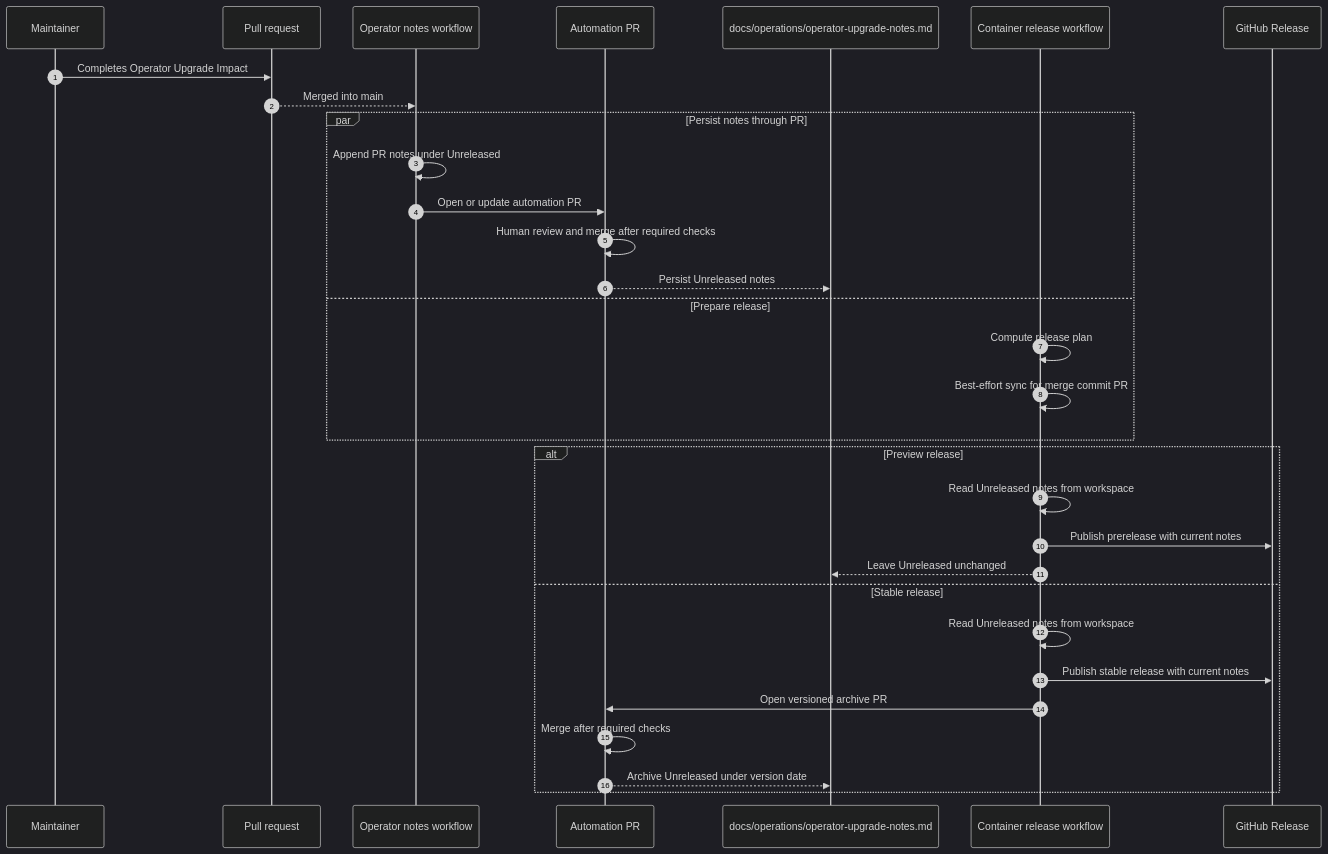
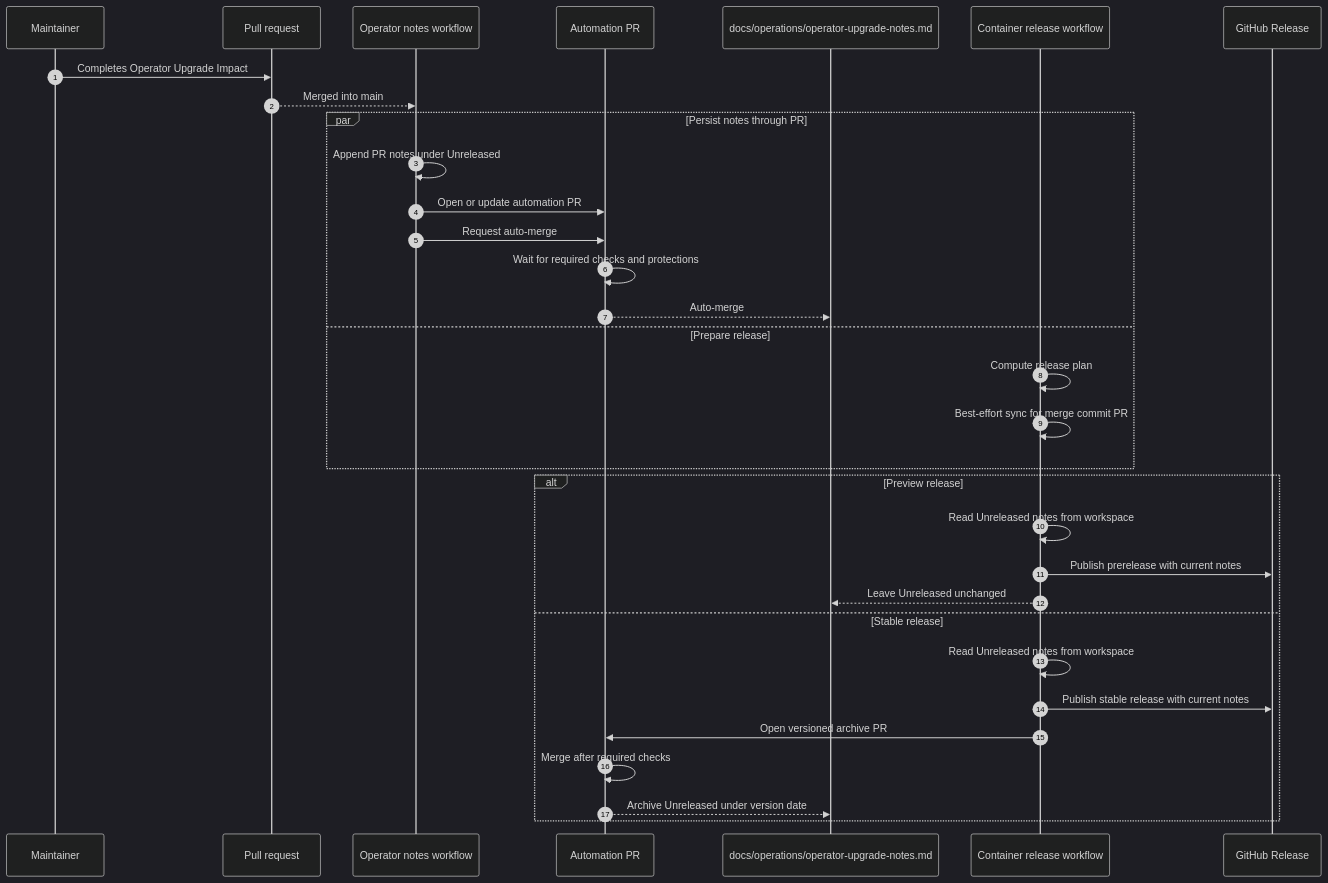
Before and after one commit to johlju/Kravhantering: the diagram in docs/development/trusted-container-publishing.md, drawn with Mermaid (dark theme). The commit also changed other lines of this file and 60 other files, not shown here.

````diff
--- a/docs/development/trusted-container-publishing.md
+++ b/docs/development/trusted-container-publishing.md
@@ -360,35 +375,36 @@
 ```mermaid
 sequenceDiagram
     autonumber
     participant Maintainer
     participant PR as Pull request
     participant Notes as Operator notes workflow
     participant AutomationPR as Automation PR
     participant Main as docs/operations/operator-upgrade-notes.md
     participant Release as Container release workflow
     participant GitHub as GitHub Release
 
     Maintainer->>PR: Completes Operator Upgrade Impact
     PR-->>Notes: Merged into main
     par Persist notes through PR
         Notes->>Notes: Append PR notes under Unreleased
         Notes->>AutomationPR: Open or update automation PR
-        AutomationPR->>AutomationPR: Human review and merge after required checks
-        AutomationPR-->>Main: Persist Unreleased notes
+        Notes->>AutomationPR: Request auto-merge
+        AutomationPR->>AutomationPR: Wait for required checks and protections
+        AutomationPR-->>Main: Auto-merge
     and Prepare release
         Release->>Release: Compute release plan
         Release->>Release: Best-effort sync for merge commit PR
     end
 
     alt Preview release
         Release->>Release: Read Unreleased notes from workspace
         Release->>GitHub: Publish prerelease with current notes
         Release-->>Main: Leave Unreleased unchanged
     else Stable release
         Release->>Release: Read Unreleased notes from workspace
         Release->>GitHub: Publish stable release with current notes
         Release->>AutomationPR: Open versioned archive PR
         AutomationPR->>AutomationPR: Merge after required checks
         AutomationPR-->>Main: Archive Unreleased under version date
     end
 ```
````
